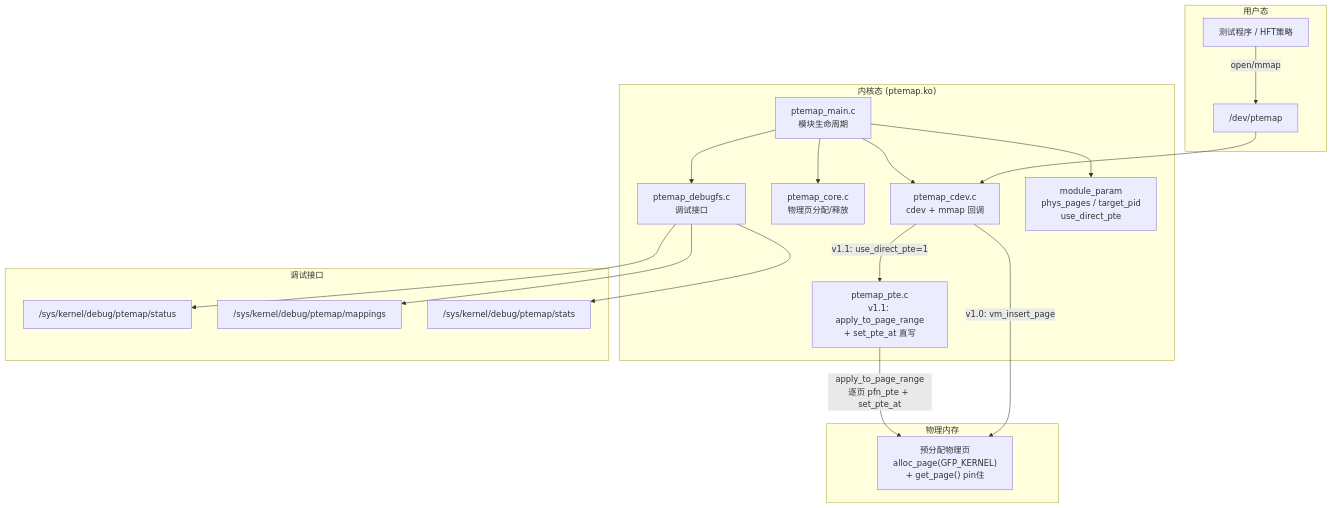
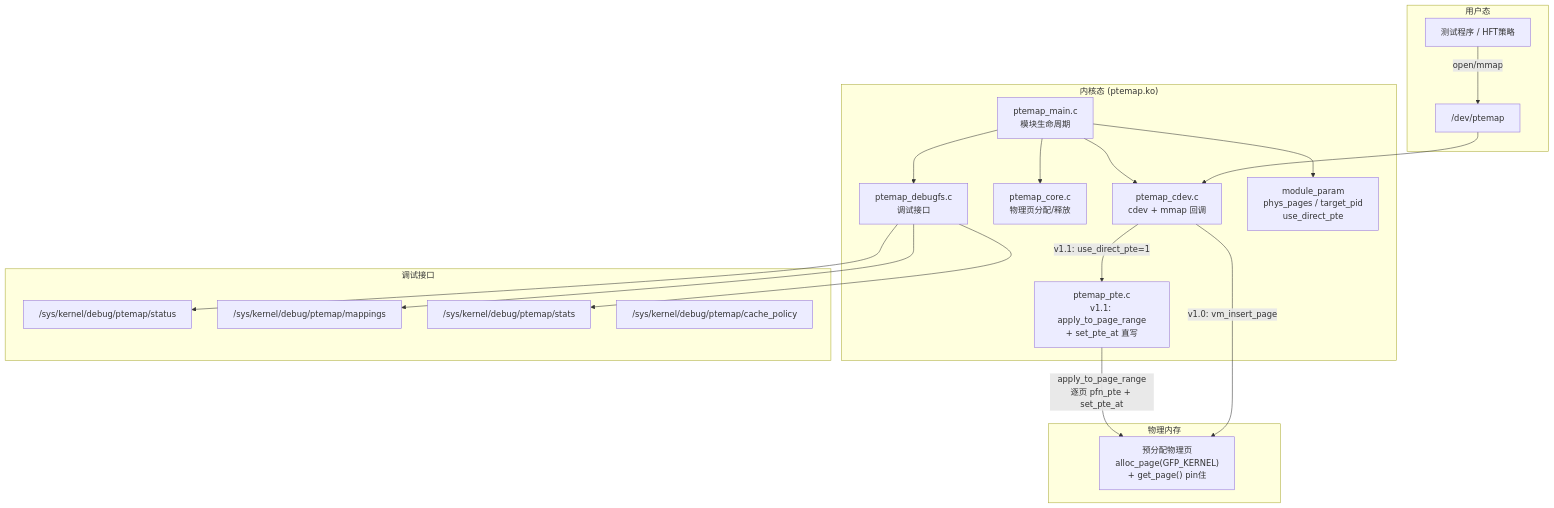
Before and after one commit to leafxuzm/Zerofault: the first of 4 diagrams in README.md, drawn with Mermaid. The commit also changed other lines of this file and 7 other files, not shown here.

````diff
--- a/README.md
+++ b/README.md
@@ -23,38 +23,39 @@
 ```mermaid
 flowchart TB
     subgraph User["用户态"]
         APP[测试程序 / HFT策略]
         DEV["/dev/ptemap"]
     end
 
     subgraph Kernel["内核态 (ptemap.ko)"]
         CDEV[ptemap_cdev.c<br/>cdev + mmap 回调]
         PTE[ptemap_pte.c<br/>v1.1: apply_to_page_range<br/>+ set_pte_at 直写]
         CORE[ptemap_core.c<br/>物理页分配/释放]
         MAIN[ptemap_main.c<br/>模块生命周期]
         DBGFS[ptemap_debugfs.c<br/>调试接口]
         PARAM[module_param<br/>phys_pages / target_pid<br/>use_direct_pte]
     end
 
     subgraph Debug["调试接口"]
         STATUS["/sys/kernel/debug/ptemap/status"]
         MAPS["/sys/kernel/debug/ptemap/mappings"]
         STATS["/sys/kernel/debug/ptemap/stats"]
+        CACHE["/sys/kernel/debug/ptemap/cache_policy"]
     end
 
     subgraph HW["物理内存"]
         PAGES["预分配物理页<br/>alloc_page(GFP_KERNEL)<br/>+ get_page() pin住"]
     end
 
     APP -->|open/mmap| DEV --> CDEV
     CDEV -->|"v1.0: vm_insert_page"| PAGES
     CDEV -->|"v1.1: use_direct_pte=1"| PTE
     PTE -->|"apply_to_page_range<br/>逐页 pfn_pte + set_pte_at"| PAGES
     MAIN --> PARAM
     MAIN --> CORE
     MAIN --> CDEV
     MAIN --> DBGFS
     DBGFS --> STATUS
     DBGFS --> MAPS
     DBGFS --> STATS
 ```
````
